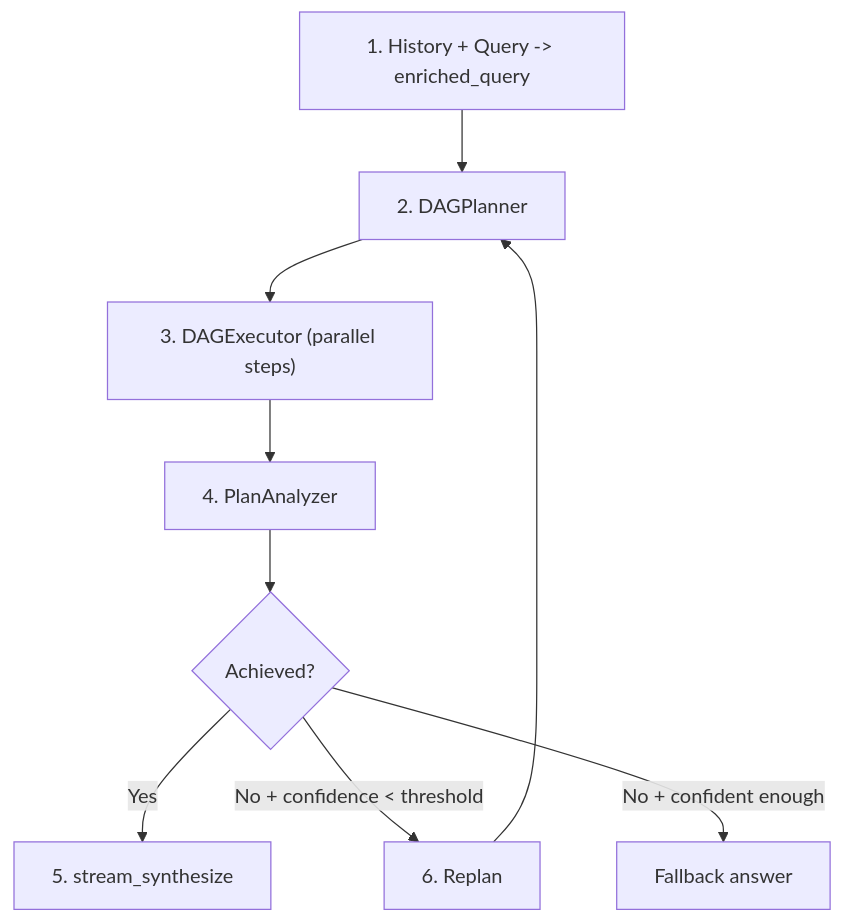
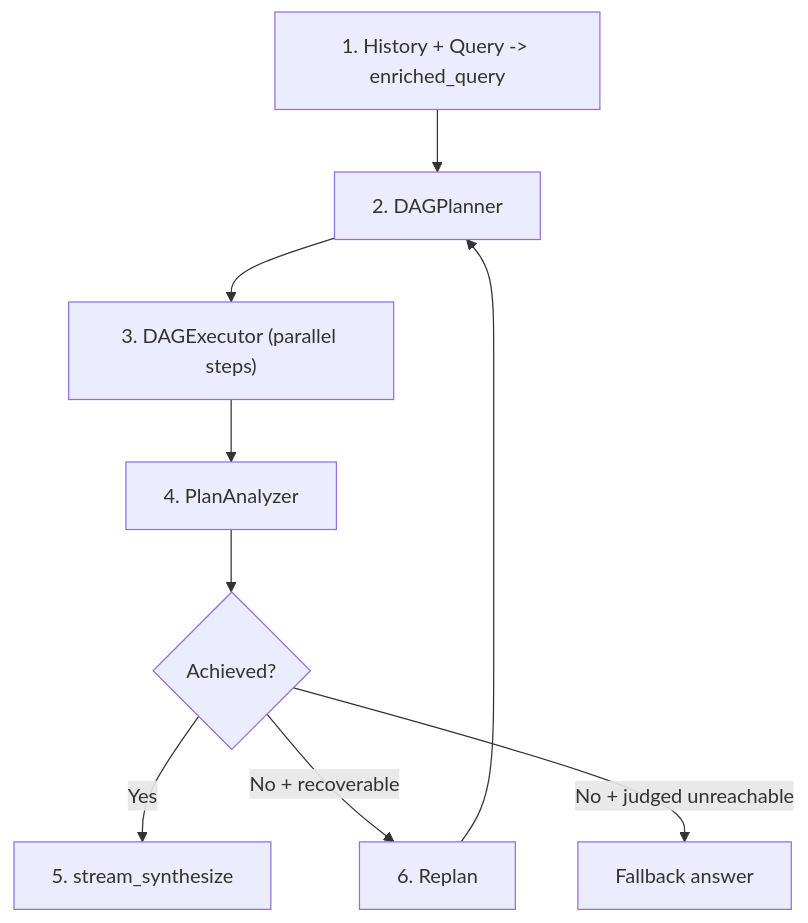
Before and after one commit to fim-ai/fim-one: the first of 3 diagrams in docs/architecture/dag-engine.mdx, drawn with Mermaid. The commit also changed other lines of this file and 9 other files, not shown here.

First line of the commit message:
docs(architecture): align engine, hook and discovery pages with the code

````diff
--- a/docs/architecture/dag-engine.mdx
+++ b/docs/architecture/dag-engine.mdx
@@ -16,11 +16,11 @@
 ```mermaid
 flowchart TD
     A["1. History + Query -> enriched_query"] --> B["2. DAGPlanner"]
     B --> C["3. DAGExecutor (parallel steps)"]
     C --> D["4. PlanAnalyzer"]
     D --> E{Achieved?}
     E -->|"Yes"| F["5. stream_synthesize"]
-    E -->|"No + confidence < threshold"| G["6. Replan"]
+    E -->|"No + recoverable"| G["6. Replan"]
     G --> B
-    E -->|"No + confident enough"| H["Fallback answer"]
+    E -->|"No + judged unreachable"| H["Fallback answer"]
 ```
````
